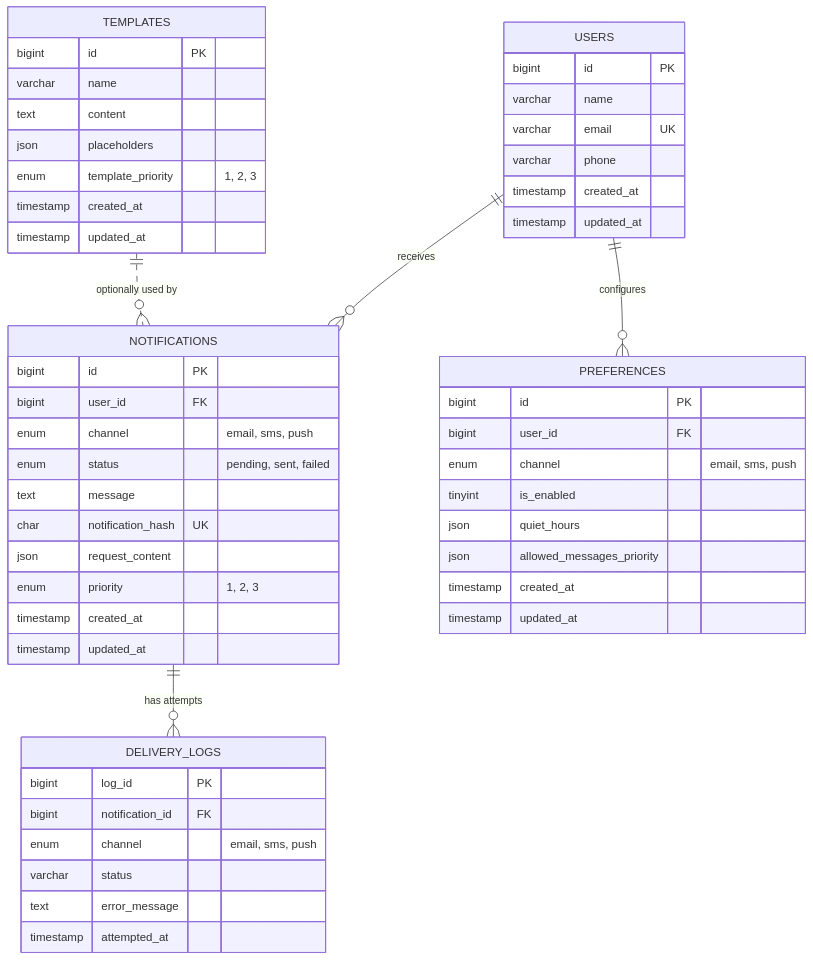
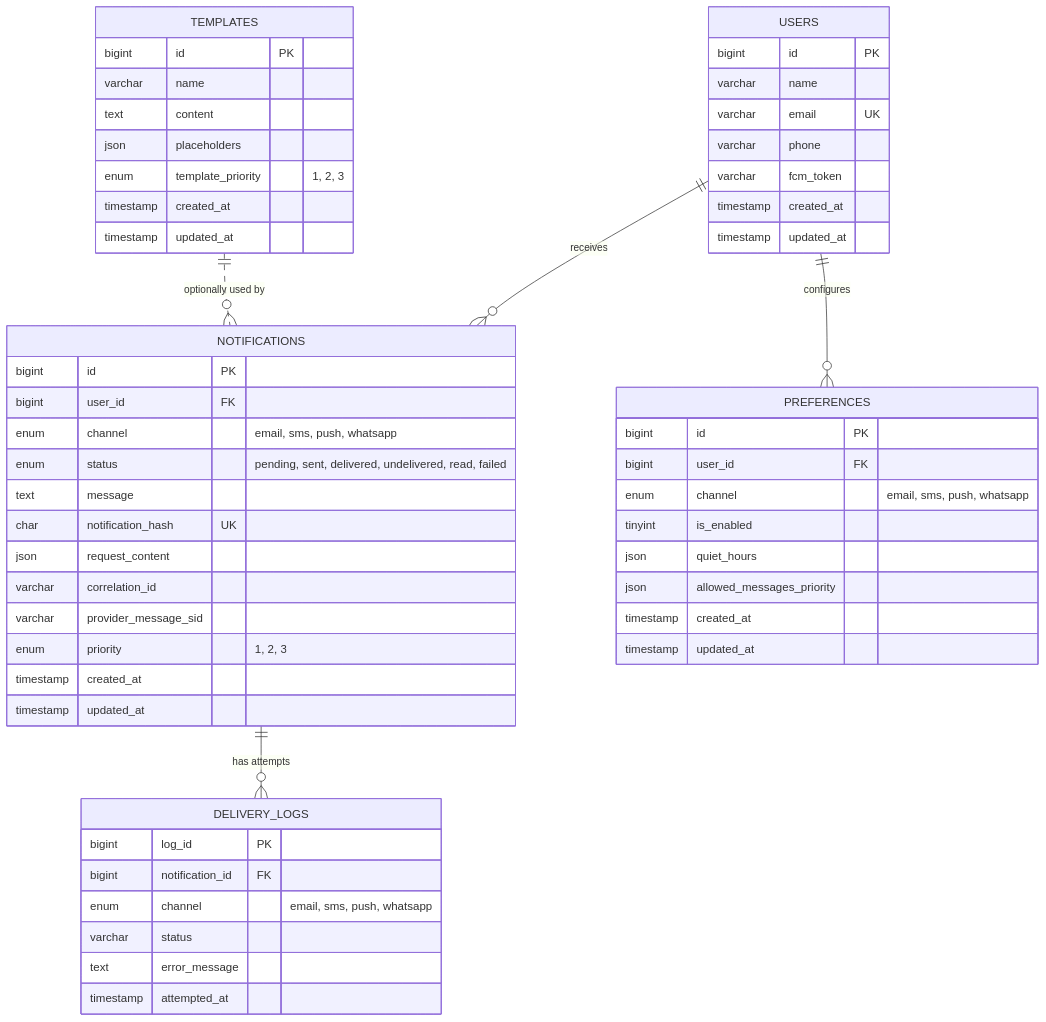
One commit to akshittyagi171/Spring_Project-NOTIFICATION_ENGINE changed the diagram in README.md. Above: the diagram before and after it, drawn with Mermaid. The commit also changed other lines of this file, not shown here.

Commit message:
ReadMe file changes after feature addition and upgrades.

````diff
--- a/README.md
+++ b/README.md
@@ -133,59 +264,62 @@
 ```mermaid
 erDiagram
     USERS ||--o{ NOTIFICATIONS : "receives"
     USERS ||--o{ PREFERENCES : "configures"
     NOTIFICATIONS ||--o{ DELIVERY_LOGS : "has attempts"
     TEMPLATES ||..o{ NOTIFICATIONS : "optionally used by"
 
     USERS {
         bigint id PK
         varchar name
         varchar email UK
         varchar phone
+        varchar fcm_token
         timestamp created_at
         timestamp updated_at
     }
 
     PREFERENCES {
         bigint id PK
         bigint user_id FK
-        enum channel "email, sms, push"
+        enum channel "email, sms, push, whatsapp"
         tinyint is_enabled
         json quiet_hours
         json allowed_messages_priority
         timestamp created_at
         timestamp updated_at
     }
 
     TEMPLATES {
         bigint id PK
         varchar name
         text content
         json placeholders
         enum template_priority "1, 2, 3"
         timestamp created_at
         timestamp updated_at
     }
 
     NOTIFICATIONS {
         bigint id PK
         bigint user_id FK
-        enum channel "email, sms, push"
-        enum status "pending, sent, failed"
+        enum channel "email, sms, push, whatsapp"
+        enum status "pending, sent, delivered, undelivered, read, failed"
         text message
         char notification_hash UK
         json request_content
+        varchar correlation_id
+        varchar provider_message_sid
         enum priority "1, 2, 3"
         timestamp created_at
         timestamp updated_at
     }
 
     DELIVERY_LOGS {
         bigint log_id PK
         bigint notification_id FK
-        enum channel "email, sms, push"
+        enum channel "email, sms, push, whatsapp"
         varchar status
         text error_message
         timestamp attempted_at
     }
 ```
````
